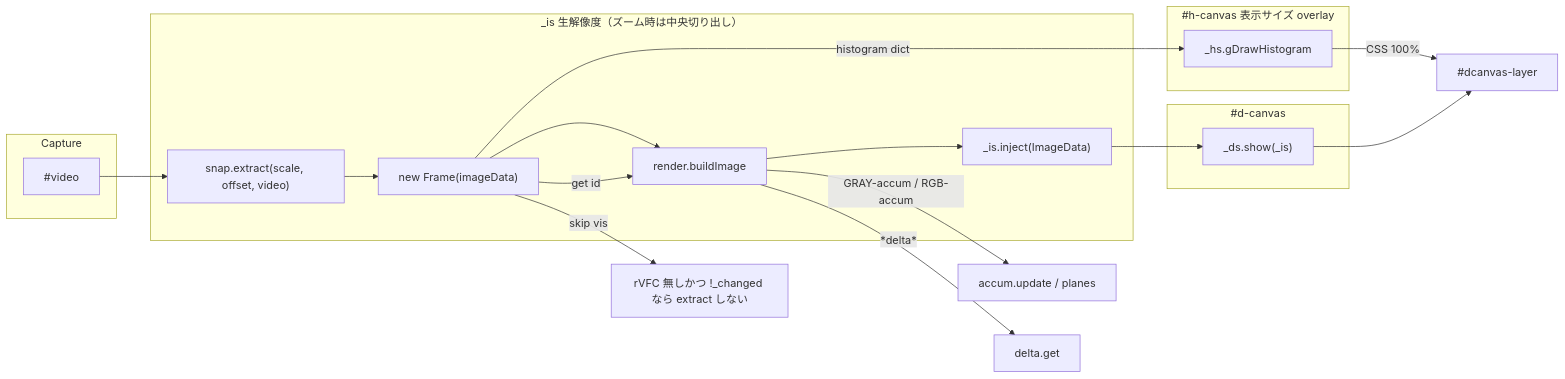
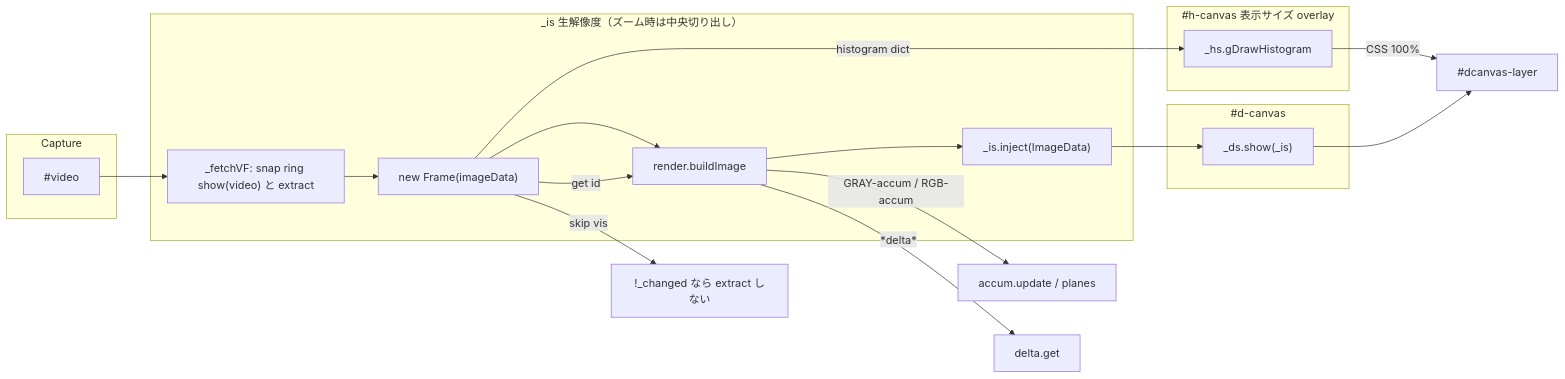
The second of 4 diagrams in jscam/cam2-design.md (mfujimoto-code/JSCam), drawn with Mermaid before and after one commit. The commit also changed other lines of this file and 1 other file, not shown here.

First line of the commit message:
docs: sync design to Frame LRU removal and snap ring

````diff
--- a/jscam/cam2-design.md
+++ b/jscam/cam2-design.md
@@ -237,32 +237,32 @@
 ```mermaid
 flowchart LR
   subgraph Capture
     V["#video"]
   end
 
   subgraph Internal["_is 生解像度（ズーム時は中央切り出し）"]
-    GI["snap.extract(scale, offset, video)"]
+    GI["_fetchVF: snap ring show(video) と extract"]
     FR["new Frame(imageData)"]
     BI["render.buildImage"]
     PI["_is.inject(ImageData)"]
   end
 
   subgraph Overlay["#h-canvas 表示サイズ overlay"]
     HG["_hs.gDrawHistogram"]
   end
 
   subgraph Display["#d-canvas"]
     SH["_ds.show(_is)"]
   end
 
   V --> GI --> FR
   FR --> BI
   BI --> PI --> SH
   FR -->|get id| BI
   FR -->|histogram dict| HG
   BI -->|GRAY-accum / RGB-accum| AccumObj["accum.update / planes"]
   BI -->|*delta*| DeltaObj["delta.get"]
-  FR -->|skip vis| Skip["rVFC 無しかつ !_changed なら extract しない"]
+  FR -->|skip vis| Skip["!_changed なら extract しない"]
   HG -->|CSS 100%| Layer["#dcanvas-layer"]
   SH --> Layer
 ```
````
